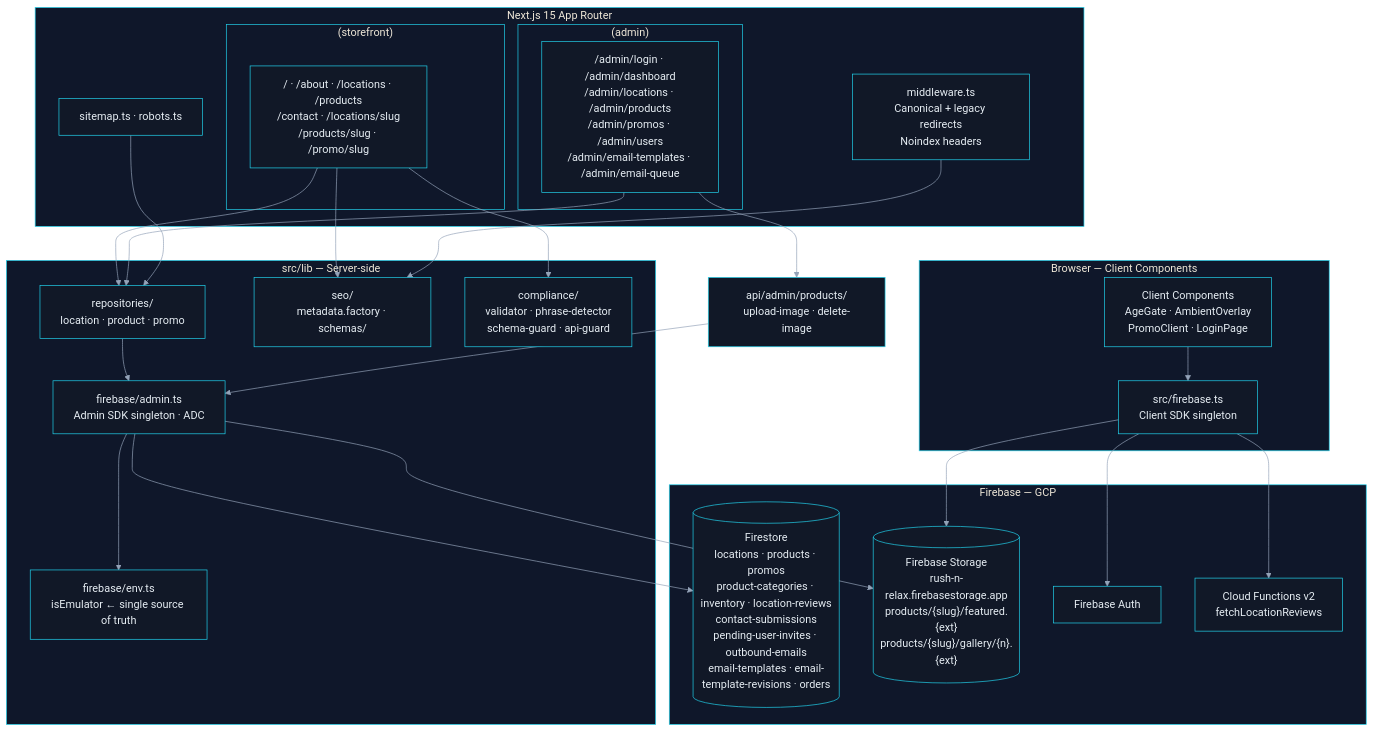
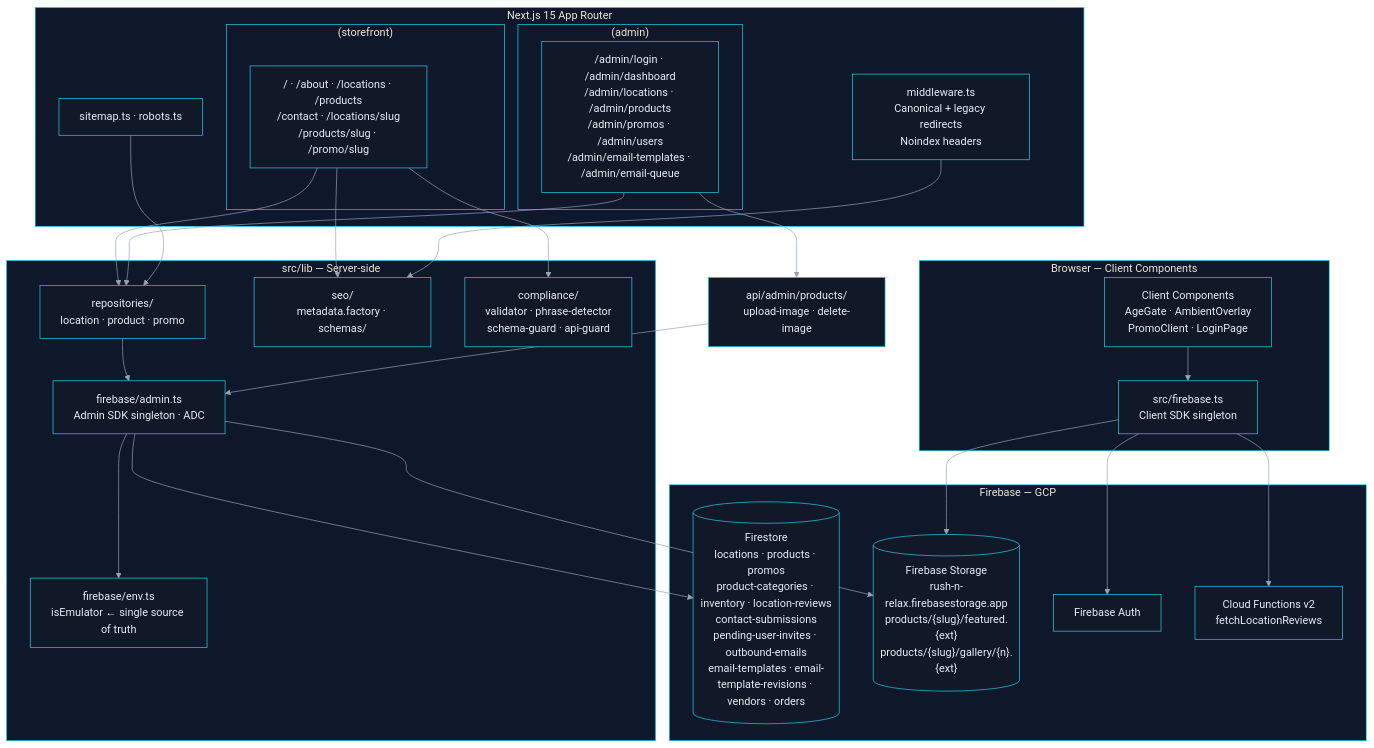
One commit to brewski-beers/rush-n-relax changed the second of 5 diagrams in docs/engineering/architecture.md. Above: the diagram before and after it, drawn with Mermaid. The commit also changed 13 other files, not shown here.

````diff
--- a/docs/engineering/architecture.md
+++ b/docs/engineering/architecture.md
@@ -59,55 +59,55 @@
 ```mermaid
 %%{init: {'theme': 'base', 'themeVariables': {'background': '#0b0f17', 'primaryColor': '#111827', 'primaryTextColor': '#e6edf3', 'primaryBorderColor': '#22d3ee', 'lineColor': '#94a3b8', 'secondaryColor': '#0f172a', 'tertiaryColor': '#111827', 'clusterBkg': '#0f172a', 'clusterBorder': '#22d3ee', 'fontFamily': 'Avenir Next, Avenir, Segoe UI, sans-serif'}}}%%
 
 graph TB
 
     subgraph CLIENT["Browser — Client Components"]
         CSK["src/firebase.ts\nClient SDK singleton"]
         CC["Client Components\nAgeGate · AmbientOverlay\nPromoClient · LoginPage"]
     end
 
     subgraph NEXT["Next.js 15 App Router"]
         MW["middleware.ts\nCanonical + legacy redirects\nNoindex headers"]
         subgraph SF["(storefront)"]
             SFP["/ · /about · /locations · /products\n/contact · /locations/slug\n/products/slug · /promo/slug"]
         end
         subgraph ADM["(admin)"]
             ADMP["/admin/login · /admin/dashboard\n/admin/locations · /admin/products\n/admin/promos · /admin/users\n/admin/email-templates · /admin/email-queue"]
         end
         SITE["sitemap.ts · robots.ts"]
     end
 
     subgraph LIB["src/lib — Server-side"]
         ENV["firebase/env.ts\nisEmulator ← single source of truth"]
         ADMIN["firebase/admin.ts\nAdmin SDK singleton · ADC"]
         REPO["repositories/\nlocation · product · promo"]
         SEO["seo/\nmetadata.factory · schemas/"]
         COMP["compliance/\nvalidator · phrase-detector\nschema-guard · api-guard"]
     end
 
     subgraph GCP["Firebase — GCP"]
-        FS[("Firestore\nlocations · products · promos\nproduct-categories · inventory · location-reviews\ncontact-submissions\npending-user-invites · outbound-emails\nemail-templates · email-template-revisions · orders")]
+        FS[("Firestore\nlocations · products · promos\nproduct-categories · inventory · location-reviews\ncontact-submissions\npending-user-invites · outbound-emails\nemail-templates · email-template-revisions · vendors · orders")]
         GCS[("Firebase Storage\nrush-n-relax.firebasestorage.app\nproducts/{slug}/featured.{ext}\nproducts/{slug}/gallery/{n}.{ext}")]
         AUTH["Firebase Auth"]
         FN["Cloud Functions v2\nfetchLocationReviews"]
     end
 
     CC --> CSK
     CSK --> AUTH
     CSK --> FN
     CSK --> GCS
     SFP --> REPO
     SFP --> SEO
     SFP --> COMP
     ADMP --> REPO
     ADMP --> UPLOAD["api/admin/products/\nupload-image · delete-image"]
     SITE --> REPO
     REPO --> ADMIN
     UPLOAD --> ADMIN
     ADMIN --> ENV
     ADMIN --> FS
     ADMIN --> GCS
     MW --> SEO
 
     classDef title fill:#020617,color:#e6edf3,stroke:#22d3ee,stroke-width:2px;
 ```
````
